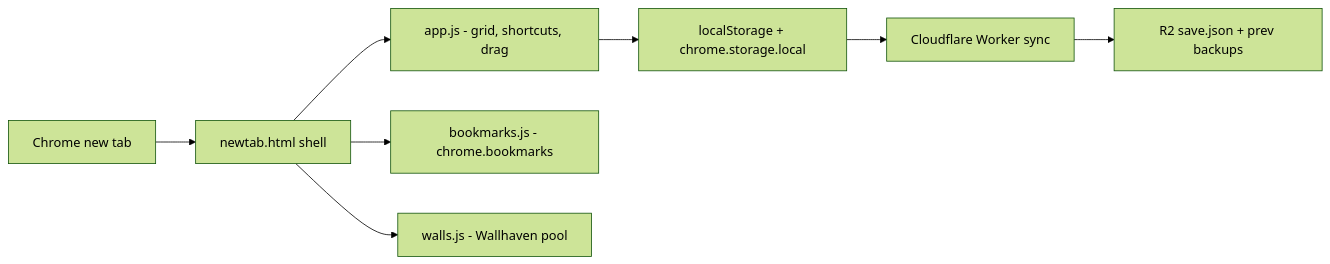
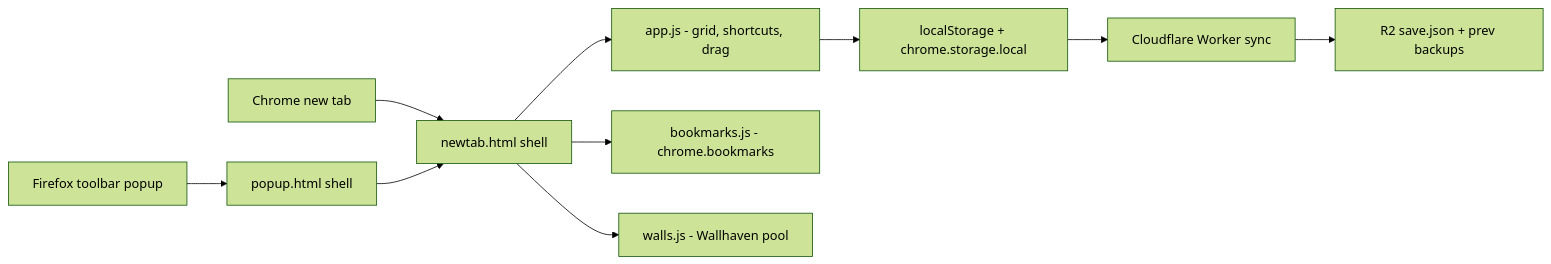
The diagram in README.md (FirozChauhan/Glisters), drawn with Mermaid (forest theme) before and after one commit. The commit also changed other lines of this file and 9 other files, not shown here.

First line of the commit message:
Add Firefox build: popup entry point, gecko manifest, AMO-ready zip

````diff
--- a/README.md
+++ b/README.md
@@ -31,10 +32,12 @@
 ```mermaid
 flowchart LR
   A[Chrome new tab] --> B[newtab.html shell]
+  A2[Firefox toolbar popup] --> B2[popup.html shell]
+  B2 --> B
   B --> C[app.js - grid, shortcuts, drag]
   C --> D[localStorage + chrome.storage.local]
   D --> E[Cloudflare Worker sync]
   E --> F[R2 save.json + prev backups]
   B --> G[bookmarks.js - chrome.bookmarks]
   B --> H[walls.js - Wallhaven pool]
 ```
````
